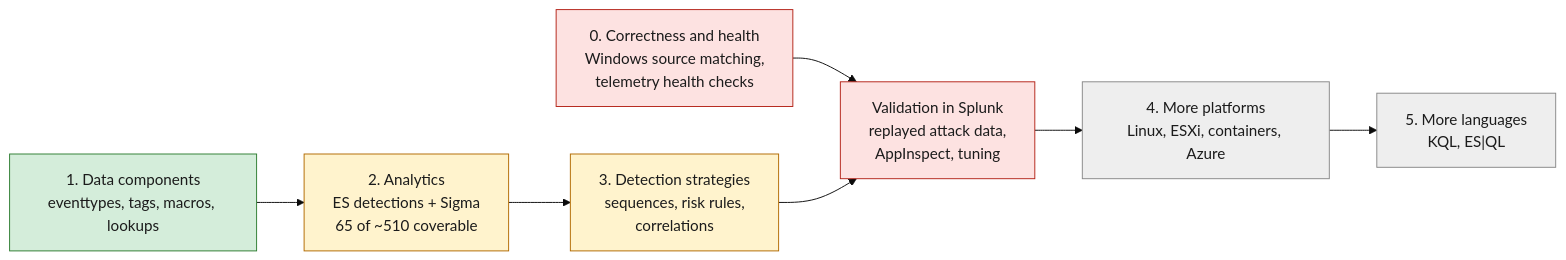
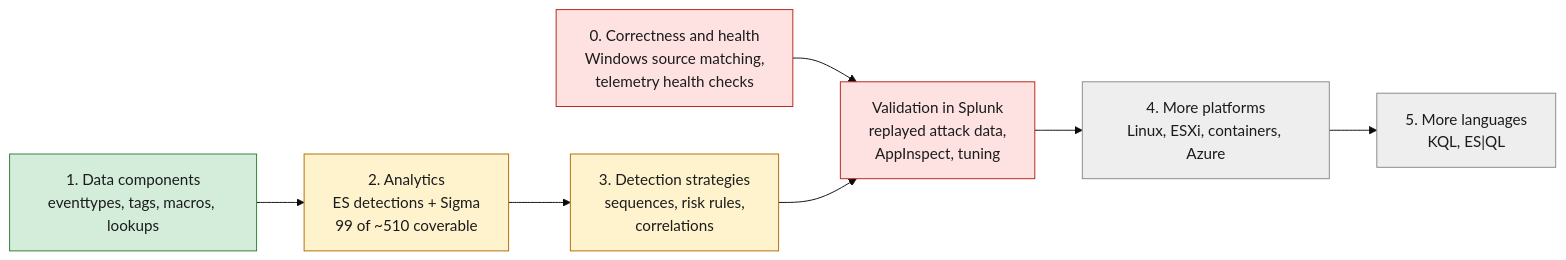
The diagram in docs/roadmap.md (dev-nobytes-io/mitre-defensive-mappings-spl), drawn with Mermaid (base theme) before and after one commit. The commit also changed other lines of this file and 11 other files, not shown here.

````diff
--- a/docs/roadmap.md
+++ b/docs/roadmap.md
@@ -5,17 +5,17 @@
 ```mermaid
 flowchart LR
   P1["1. Data components<br/>eventtypes, tags, macros, lookups"]:::done
-  P2["2. Analytics<br/>ES detections + Sigma<br/>65 of ~510 coverable"]:::part
+  P2["2. Analytics<br/>ES detections + Sigma<br/>99 of ~510 coverable"]:::part
   P3["3. Detection strategies<br/>sequences, risk rules,<br/>correlations"]:::part
   P0["0. Correctness and health<br/>Windows source matching,<br/>telemetry health checks"]:::next
   PV["Validation in Splunk<br/>replayed attack data,<br/>AppInspect, tuning"]:::next
   P4["4. More platforms<br/>Linux, ESXi, containers, Azure"]:::later
   P5["5. More languages<br/>KQL, ES|QL"]:::later
   P1 --> P2 --> P3
   P0 --> PV
   P3 --> PV --> P4 --> P5
   classDef done fill:#d4edda,stroke:#2e7d32,color:#1b1b1b
   classDef part fill:#fff3cd,stroke:#b26a00,color:#1b1b1b
   classDef next fill:#fde2e1,stroke:#b42318,color:#1b1b1b
   classDef later fill:#eeeeee,stroke:#888,color:#1b1b1b
 ```
````
